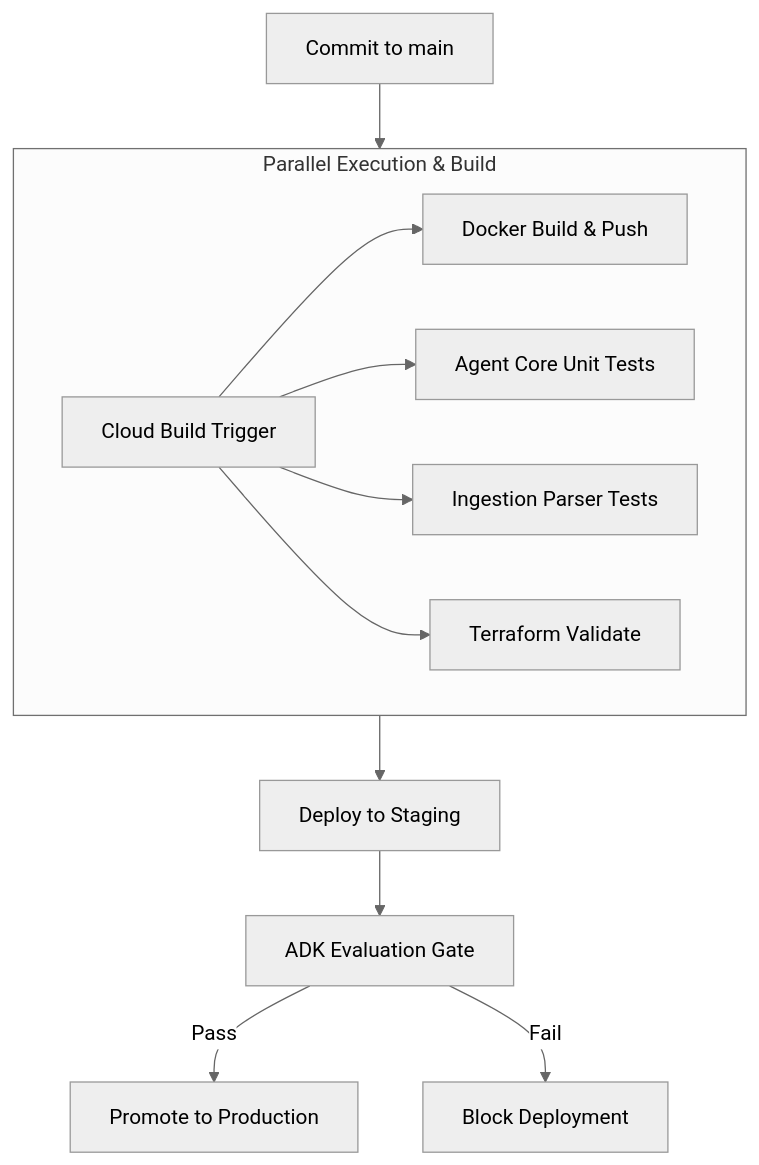
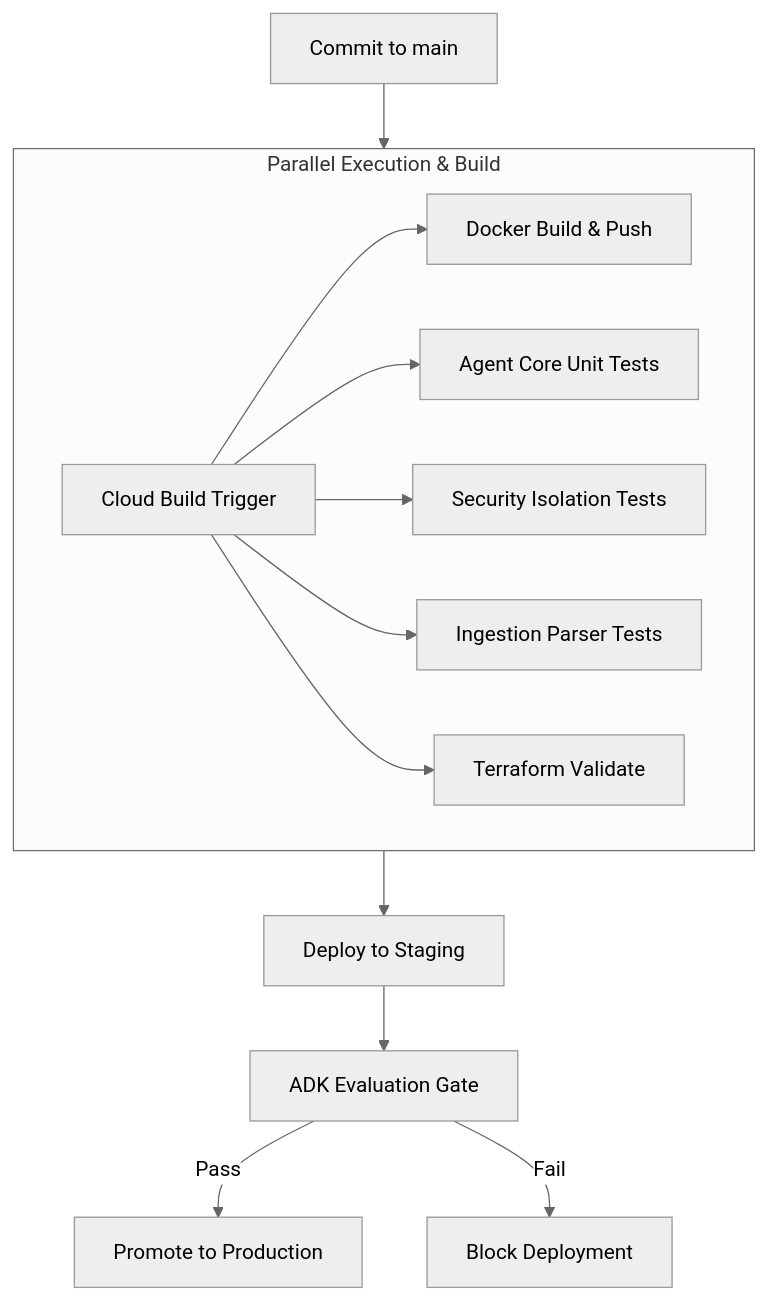
The third of 3 diagrams in docs/DESIGN_SPEC.md (rezkabiri/jit-two-stage-retrieval), drawn with Mermaid (neutral theme) before and after one commit. The commit also changed other lines of this file and 5 other files, not shown here.

First line of the commit message:
feat: implement RBAC security gate and update system diagrams

````diff
--- a/docs/DESIGN_SPEC.md
+++ b/docs/DESIGN_SPEC.md
@@ -101,17 +98,18 @@
 ```mermaid
 graph TD
     Commit[Commit to main] --> CB[Cloud Build Trigger]
     
     subgraph Parallel_Validation [Parallel Execution & Build]
         direction LR
         CB --> Build[Docker Build & Push]
         CB --> UnitTests[Agent Core Unit Tests]
+        CB --> SecurityTests[Security Isolation Tests]
         CB --> ETLTests[Ingestion Parser Tests]
         CB --> InfraTests[Terraform Validate]
     end
     
     Parallel_Validation --> DeployStaging[Deploy to Staging]
     DeployStaging --> EvalGate[ADK Evaluation Gate]
     EvalGate -- "Pass" --> Prod[Promote to Production]
     EvalGate -- "Fail" --> Block[Block Deployment]
 ```
````
